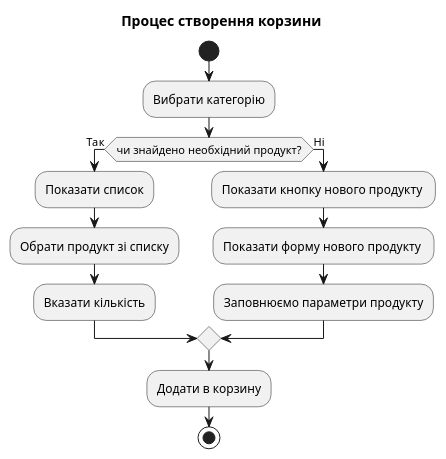
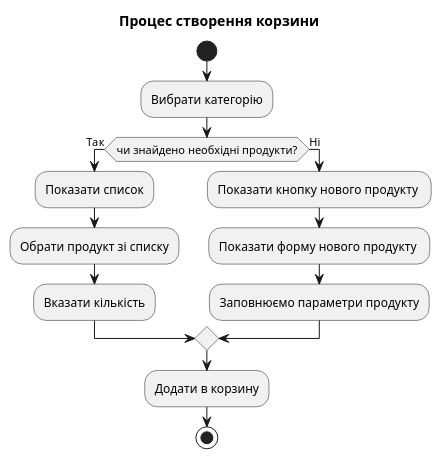
Before and after one commit to Stakhow/crm: the diagram in backend/uml/cartProcess.plantuml, drawn with PlantUML. The commit also changed other lines of this file and 60 other files, not shown here.

```diff
--- a/backend/uml/cartProcess.plantuml
+++ b/backend/uml/cartProcess.plantuml
@@ -1,25 +1,25 @@
 @startuml cartProcess
 title Процес створення корзини
 start
 
 :Вибрати категорію;
 
-if (чи знайдено необхідний продукт?) then (Так)
+if (чи знайдено необхідні продукти?) then (Так)
   :Показати список;
   :Обрати продукт зі списку;
   :Вказати кількість;
   
 
 else (Ні)
   
   :Показати кнопку нового продукту ;
   :Показати форму нового продукту ;
   :Заповнюємо параметри продукту;
   
 
 endif
 
 ' Сюди сходяться всі успішні гілки процесу
 :Додати в корзину;
 stop
 @enduml
```
